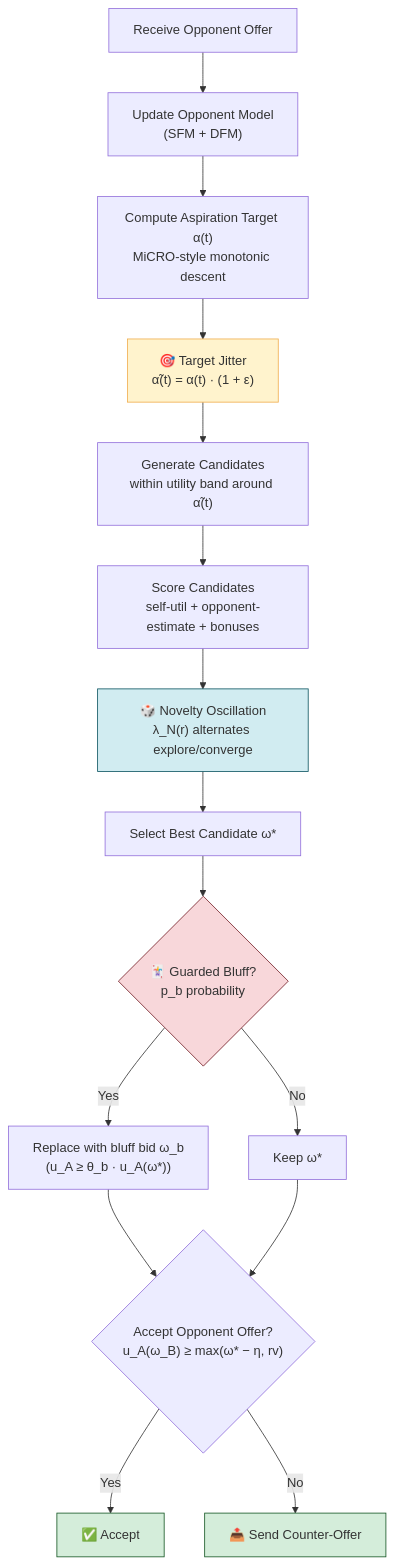
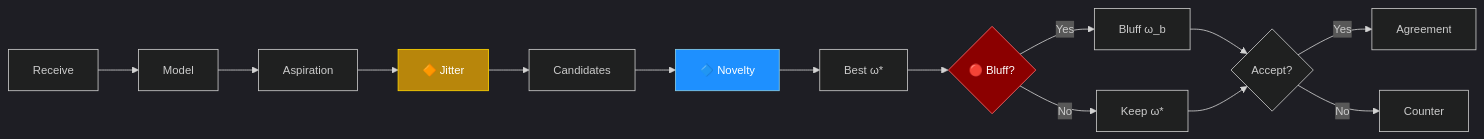
One commit to celosers/AdaptiveBathNegotiater changed the first of 3 diagrams in README.md. Above: the diagram before and after it, drawn with Mermaid. The commit also changed other lines of this file, not shown here.

Commit message:
Redesign README: dark-theme Mermaid diagrams, pie chart, visual tables with bar indicators

````diff
--- a/README.md
+++ b/README.md
@@ -11,23 +11,21 @@
 ```mermaid
-flowchart TD
-    A["Receive Opponent Offer"] --> B["Update Opponent Model\n(SFM + DFM)"]
-    B --> C["Compute Aspiration Target α(t)\nMiCRO-style monotonic descent"]
-    C --> D["🎯 Target Jitter\nα̃(t) = α(t) · (1 + ε)"]
-    D --> E["Generate Candidates\nwithin utility band around α̃(t)"]
-    E --> F["Score Candidates\nself-util + opponent-estimate + bonuses"]
-    F --> G["🎲 Novelty Oscillation\nλ_N(r) alternates explore/converge"]
-    G --> H["Select Best Candidate ω*"]
-    H --> I{"🃏 Guarded Bluff?\np_b probability"}
-    I -->|Yes| J["Replace with bluff bid ω_b\n(u_A ≥ θ_b · u_A(ω*))"]
-    I -->|No| K["Keep ω*"]
-    J --> L{"Accept Opponent Offer?\nu_A(ω_B) ≥ max(ω* − η, rv)"}
-    K --> L
-    L -->|Yes| M["✅ Accept"]
-    L -->|No| N["📤 Send Counter-Offer"]
+%%{init: {'theme': 'dark', 'themeVariables': { 'fontSize': '14px'}}}%%
+flowchart LR
+    A["Receive"] --> B["Model"]
+    B --> C["Aspiration"]
+    C --> D["🔶 Jitter"]
+    D --> E["Candidates"]
+    E --> F["🔷 Novelty"]
+    F --> G["Best ω*"]
+    G --> H{"🔴 Bluff?"}
+    H -->|Yes| I["Bluff ω_b"]
+    H -->|No| J["Keep ω*"]
+    I --> K{"Accept?"}
+    J --> K
+    K -->|Yes| L["Agreement"]
+    K -->|No| M["Counter"]
 
-    style D fill:#fff3cd,stroke:#f0ad4e
-    style G fill:#d1ecf1,stroke:#0c5460
-    style I fill:#f8d7da,stroke:#721c24
-    style M fill:#d4edda,stroke:#155724
-    style N fill:#d4edda,stroke:#155724
+    style D fill:#b8860b,stroke:#ffd700,color:#fff
+    style F fill:#1e90ff,stroke:#87ceeb,color:#fff
+    style H fill:#8b0000,stroke:#ff6b6b,color:#fff
 ```
````
